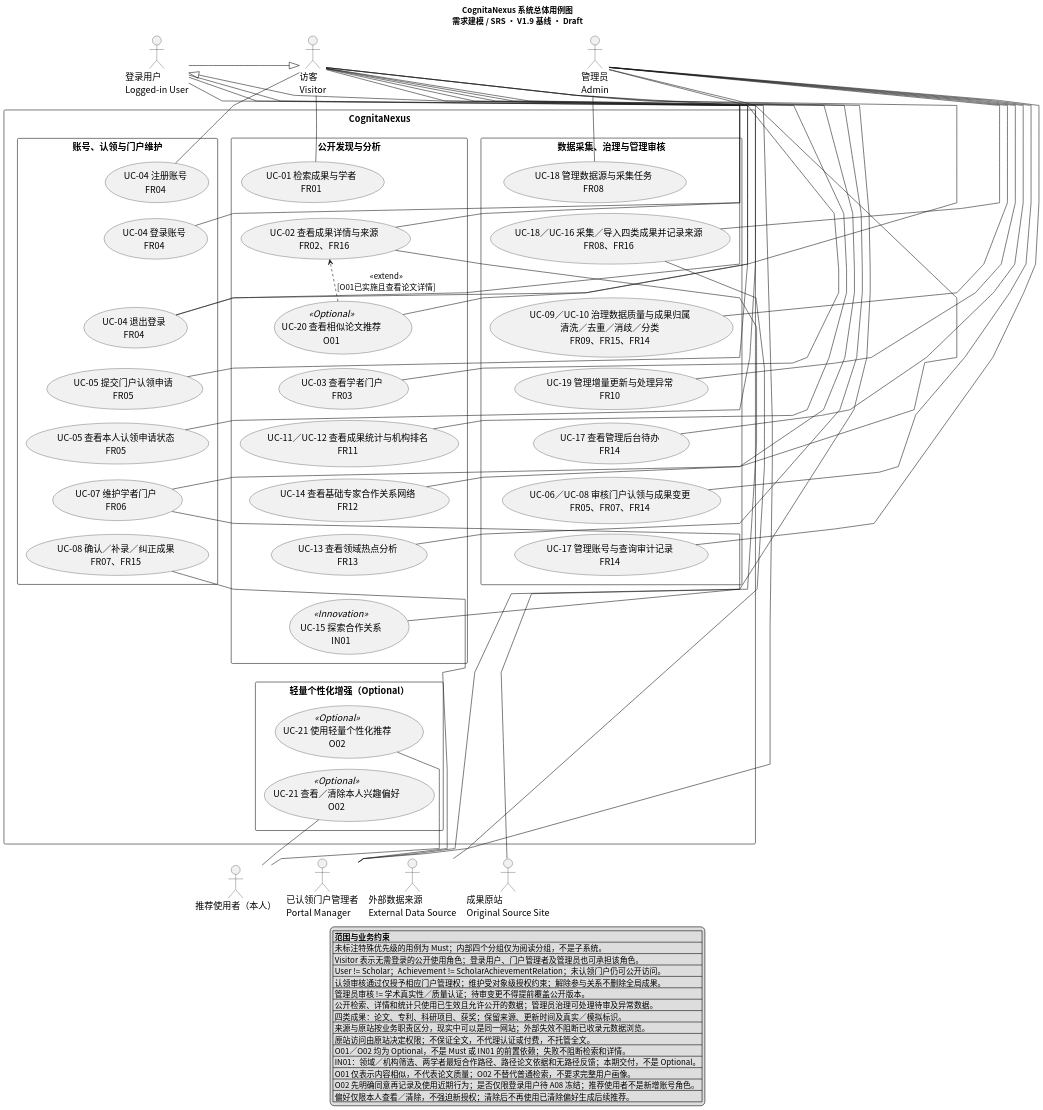
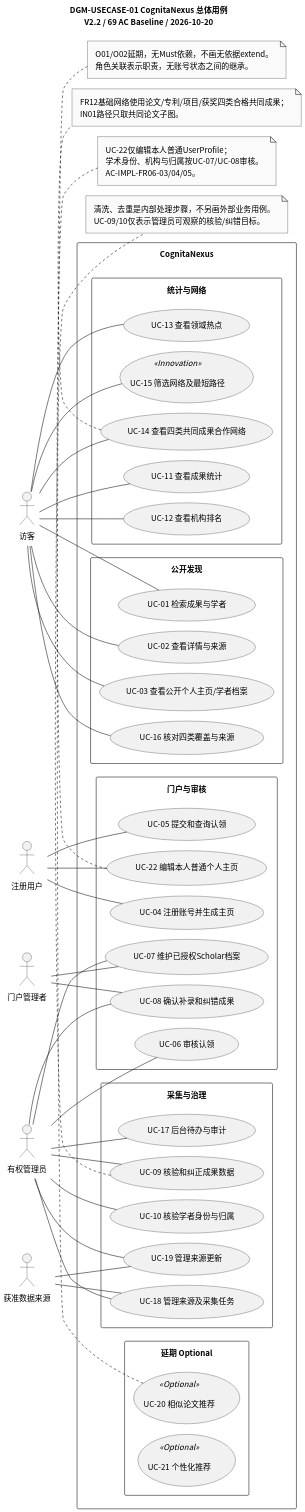
One commit to CognitaNexus/CognitaNexus changed the diagram in docs/uml/usecase/overall-usecase.puml. Above: the diagram before and after it, drawn with PlantUML. The commit also changed 41 other files, not shown here.

```diff
--- a/docs/uml/usecase/overall-usecase.puml
+++ b/docs/uml/usecase/overall-usecase.puml
@@ -1,183 +1,92 @@
 @startuml
 skinparam monochrome true
 skinparam shadowing false
 skinparam defaultFontName "Noto Sans CJK SC"
+skinparam defaultFontSize 14
 skinparam dpi 150
-
-' DGM-USECASE-01 — 系统总体用例图，Draft，待联合 SRS 评审。
-' 唯一维护源：overall-usecase.puml；overall-usecase.svg 仅由本文件生成。
-' 从仓库根目录重新渲染：
-' plantuml -charset UTF-8 -tsvg -o generated -failfast2 docs/uml/usecase/overall-usecase.puml
-' 依据：docs/requirements/学术成果分享平台需求分析与可行性报告.md（正文 V1.9）
-' 规范：docs/srs/CognitaNexus_SRS编写与需求建模规范_V1.0.md
-' 模块：docs/srs/modules/search-recommendation.md（V0.1 Draft）
-' 本次按用户指定使用 docs/uml/usecase/，不另存第二份总体图源文件。
-' 用例别名仅为绘图标识；全局 UC 编号已按global-id-registry.md登记。
-
-top to bottom direction
-skinparam defaultFontSize 16
-skinparam packageStyle rectangle
+left to right direction
 skinparam nodesep 18
-skinparam ranksep 18
-skinparam linetype polyline
-skinparam ArrowFontSize 14
-skinparam NoteFontSize 14
-skinparam LegendFontSize 14
-skinparam actorStyle stickman
-
-title CognitaNexus 系统总体用例图\n需求建模 / SRS · V1.9 基线 · Draft
-
-actor "访客\nVisitor" as Visitor
-actor "登录用户\nLogged-in User" as User
-actor "已认领门户管理者\nPortal Manager" as PortalManager
-actor "推荐使用者（本人）" as Recommender
-actor "管理员\nAdmin" as Admin
-actor "外部数据来源\nExternal Data Source" as DataSource
-actor "成果原站\nOriginal Source Site" as OriginalSite
-
+skinparam ranksep 30
+skinparam padding 8
+title DGM-USECASE-01 CognitaNexus 总体用例\nV2.2 / 69 AC Baseline / 2026-10-20
+actor "访客" as Public
+actor "注册用户" as Applicant
+actor "门户管理者" as Manager
+actor "有权管理员" as Admin
+actor "获准数据来源" as Source
 rectangle "CognitaNexus" {
-  package "公开发现与分析" as Discovery {
-    usecase "UC-01 检索成果与学者\nFR01" as Search
-    usecase "UC-02 查看成果详情与来源\nFR02、FR16" as Detail
-    usecase "UC-03 查看学者门户\nFR03" as Portal
-    usecase "UC-11／UC-12 查看成果统计与机构排名\nFR11" as Statistics
-    usecase "UC-14 查看基础专家合作关系网络\nFR12" as Network
-    usecase "UC-13 查看领域热点分析\nFR13" as Hotspots
-    usecase "UC-15 探索合作关系\nIN01" as Exploration <<Innovation>>
-    usecase "UC-20 查看相似论文推荐\nO01" as Similar <<Optional>>
-  }
-
-  package "账号、认领与门户维护" as AccountPortal {
-    usecase "UC-04 注册账号\nFR04" as Register
-    usecase "UC-04 登录账号\nFR04" as Login
-    usecase "UC-04 退出登录\nFR04" as Logout
-    usecase "UC-05 提交门户认领申请\nFR05" as Claim
-    usecase "UC-05 查看本人认领申请状态\nFR05" as ClaimStatus
-    usecase "UC-07 维护学者门户\nFR06" as MaintainPortal
-    usecase "UC-08 确认／补录／纠正成果\nFR07、FR15" as MaintainAchievement
-  }
-
-  package "数据采集、治理与管理审核" as Governance {
-    usecase "UC-18 管理数据源与采集任务\nFR08" as ManageCollection
-    usecase "UC-18／UC-16 采集／导入四类成果并记录来源\nFR08、FR16" as Collect
-    usecase "UC-09／UC-10 治理数据质量与成果归属\n清洗／去重／消歧／分类\nFR09、FR15、FR14" as DataQuality
-    usecase "UC-19 管理增量更新与处理异常\nFR10" as Update
-    usecase "UC-17 查看管理后台待办\nFR14" as Workbench
-    usecase "UC-06／UC-08 审核门户认领与成果变更\nFR05、FR07、FR14" as Review
-    usecase "UC-17 管理账号与查询审计记录\nFR14" as AccountAudit
-  }
-
-  package "轻量个性化增强（Optional）" as Personalization {
-    usecase "UC-21 使用轻量个性化推荐\nO02" as Personalized <<Optional>>
-    usecase "UC-21 查看／清除本人兴趣偏好\nO02" as Preferences <<Optional>>
-  }
+ rectangle "公开发现" as Discovery {
+  usecase "UC-01 检索成果与学者" as Search
+  usecase "UC-02 查看详情与来源" as Detail
+  usecase "UC-03 查看公开个人主页/学者档案" as Portal
+  usecase "UC-16 核对四类覆盖与来源" as Coverage
+ }
+ rectangle "门户与审核" as Portals {
+  usecase "UC-04 注册账号并生成主页" as Account
+  usecase "UC-05 提交和查询认领" as Claim
+  usecase "UC-06 审核认领" as Review
+  usecase "UC-07 维护已授权Scholar档案" as Maintain
+  usecase "UC-08 确认补录和纠错成果" as Correct
+  usecase "UC-22 编辑本人普通个人主页" as EditProfile
+ }
+ rectangle "采集与治理" as Governance {
+  usecase "UC-18 管理来源及采集任务" as Collect
+  usecase "UC-09 核验和纠正成果数据" as Govern
+  usecase "UC-10 核验学者身份与归属" as Identity
+  usecase "UC-19 管理来源更新" as Update
+  usecase "UC-17 后台待办与审计" as Audit
+ }
+ rectangle "统计与网络" as Analytics {
+  usecase "UC-11 查看成果统计" as Stats
+  usecase "UC-12 查看机构排名" as Rank
+  usecase "UC-13 查看领域热点" as Hot
+  usecase "UC-14 查看四类共同成果合作网络" as Graph
+  usecase "UC-15 筛选网络及最短路径" as Path <<Innovation>>
+ }
+ rectangle "延期 Optional" as Optional {
+  usecase "UC-20 相似论文推荐" as Similar <<Optional>>
+  usecase "UC-21 个性化推荐" as Personal <<Optional>>
+ }
 }
-
-' 隐藏边仅控制并列业务分组布局，不表达任何业务依赖。
-Visitor -[hidden]down-> Search
-Search -[hidden]down-> Detail
-Detail -[hidden]down-> Similar
-Similar -[hidden]down-> Portal
-Portal -[hidden]down-> Statistics
-Statistics -[hidden]down-> Network
-Network -[hidden]down-> Hotspots
-Hotspots -[hidden]down-> Exploration
-
-Search -[hidden]right-> Register
-Register -[hidden]right-> ManageCollection
-ManageCollection -[hidden]down-> Collect
-Collect -[hidden]down-> DataQuality
-DataQuality -[hidden]down-> Update
-Update -[hidden]down-> Workbench
-Workbench -[hidden]down-> Review
-Review -[hidden]down-> AccountAudit
-Admin -[hidden]down-> ManageCollection
-' 两类外部服务布置在边界下方，与内部用例分开。
-
-User -[hidden]down-> Register
-Register -[hidden]down-> Login
-Login -[hidden]down-> Logout
-Logout -[hidden]down-> Claim
-Claim -[hidden]down-> ClaimStatus
-ClaimStatus -[hidden]down-> MaintainPortal
-MaintainPortal -[hidden]down-> MaintainAchievement
-Preferences -[hidden]down-> PortalManager
-
-Exploration -[hidden]down-> Personalized
-Personalized -[hidden]down-> Preferences
-Preferences -[hidden]down-> Recommender
-Preferences -[hidden]down-> DataSource
-Preferences -[hidden]down-> OriginalSite
-
-' norank 只解除布局约束；普通关联不表示执行顺序或强制前置依赖。
-Visitor -[norank]- Search
-Visitor -[norank]- Detail
-Visitor -[norank]- Portal
-Visitor -[norank]- Statistics
-Visitor -[norank]- Network
-Visitor -[norank]- Hotspots
-Visitor -[norank]- Exploration
-Visitor -[norank]- Similar
-Visitor -[norank]- Register
-Visitor -[norank]- Login
-
-User -[norank]- Logout
-User -[norank]- Claim
-User -[norank]- ClaimStatus
-PortalManager -[norank]- MaintainPortal
-PortalManager -[norank]- MaintainAchievement
-Recommender -[norank]- Personalized
-Recommender -[norank]- Preferences
-
-ManageCollection -[norank]- Admin
-Collect -[norank]- Admin
-DataQuality -[norank]- Admin
-Update -[norank]- Admin
-Workbench -[norank]- Admin
-Review -[norank]- Admin
-AccountAudit -[norank]- Admin
-MaintainPortal -[norank]- Admin
-Logout -[norank]- Admin
-Collect -[norank]- DataSource
-Detail -[norank]- OriginalSite
-' OriginalSite 仅参与用户选择外部访问的场景，不是本地详情浏览的可用性前提。
-
-' 泛化箭头由特殊角色指向一般角色，不表示登录或认领的状态转换。
-User -[norank]-|> Visitor
-PortalManager -[norank]-|> User
-
-' 只有一条扩展关系：扩展用例指向基础用例。
-' 扩展点：展示论文详情；条件：O01 已实施且当前成果为论文。
-Similar .[norank].> Detail : <<extend>>\n[O01已实施且查看论文详情]
-
-legend bottom
-  |= 范围与业务约束 |
-  | 未标注特殊优先级的用例为 Must；内部四个分组仅为阅读分组，不是子系统。 |
-  | Visitor 表示无需登录的公开使用角色；登录用户、门户管理者及管理员也可承担该角色。 |
-  | User != Scholar；Achievement != ScholarAchievementRelation；未认领门户仍可公开访问。 |
-  | 认领审核通过仅授予相应门户管理权；维护受对象级授权约束；解除参与关系不删除全局成果。 |
-  | 管理员审核 != 学术真实性／质量认证；待审变更不得提前覆盖公开版本。 |
-  | 公开检索、详情和统计只使用已生效且允许公开的数据；管理员治理可处理待审及异常数据。 |
-  | 四类成果：论文、专利、科研项目、获奖；保留来源、更新时间及真实／模拟标识。 |
-  | 来源与原站按业务职责区分，现实中可以是同一网站；外部失效不阻断已收录元数据浏览。 |
-  | 原站访问由原站决定权限；不保证全文，不代理认证或付费，不托管全文。 |
-  | O01／O02 均为 Optional，不是 Must 或 IN01 的前置依赖；失败不阻断检索和详情。 |
-  | IN01：领域／机构筛选、两学者最短合作路径、路径论文依据和无路径反馈；本期交付，不是 Optional。 |
-  | O01 仅表示内容相似，不代表论文质量；O02 不替代普通检索，不要求完整用户画像。 |
-  | O02 先明确同意再记录及使用近期行为；是否仅限登录用户待 A08 冻结；推荐使用者不是新增账号角色。 |
-  | 偏好仅限本人查看／清除，不强迫新授权；清除后不再使用已清除偏好生成后续推荐。 |
-endlegend
-
-' 覆盖核对：FR01 Search；FR02 Detail；FR03 Portal；FR04 Register/Login/Logout。
-' FR05 Claim/ClaimStatus/Review；FR06 MaintainPortal；FR07 MaintainAchievement/Review。
-' FR08 ManageCollection/Collect；FR09 DataQuality；FR10 Update；FR11 Statistics。
-' FR12 Network；FR13 Hotspots；FR14 Workbench/Review/AccountAudit/DataQuality。
-' FR15 DataQuality/MaintainAchievement；FR16 Collect/Detail；IN01 Exploration。
-' O01 Similar（Optional）；O02 Personalized/Preferences（Optional）。
-' 不画 include：认证和对象级权限是前置约束，不表示每次重复登录或重新认领。
-' 治理用例涵盖自动处理结果与人工核验，不表示全部清洗或消歧都由管理员手工执行。
-' 提交认领包含补充材料分支；成果纠正涵盖解除本人关联申请，不单独展开状态和异常。
-' 待联合冻结：O02 身份范围、授权/近期行为/偏好清除规则（模块 A08/A09）；
-' 相似推荐业务口径（A10）；公开字段与争议关系（A06）；外链反馈边界（A07）；
-' 真实/模拟过滤责任（A05）；后续另一子组编号协调（A12；本组已统一）。
+Public -- Search
+Public -- Detail
+Public -- Portal
+Public -- Coverage
+Public -- Stats
+Public -- Rank
+Public -- Hot
+Public -- Graph
+Public -- Path
+Applicant -- Account
+Applicant -- EditProfile
+Applicant -- Claim
+Manager -- Maintain
+Manager -- Correct
+Admin -- Review
+Admin -- Maintain
+Admin -- Correct
+Admin -- Collect
+Admin -- Govern
+Admin -- Identity
+Admin -- Update
+Admin -- Audit
+Source -- Collect
+Source -- Update
+note bottom of Govern
+ 清洗、去重是内部处理步骤，不另画外部业务用例。
+ UC-09/10仅表示管理员可观察的核验/纠错目标。
+end note
+note bottom of EditProfile
+ UC-22仅编辑本人普通UserProfile；
+ 学术身份、机构与归属按UC-07/UC-08审核。
+ AC-IMPL-FR06-03/04/05。
+end note
+note bottom of Graph
+ FR12基础网络使用论文/专利/项目/获奖四类合格共同成果；
+ IN01路径只取共同论文子图。
+end note
+note bottom of Similar
+ O01/O02延期，无Must依赖，不画无依据extend。
+ 角色关联表示职责，无账号状态之间的继承。
+end note
 @enduml
```
